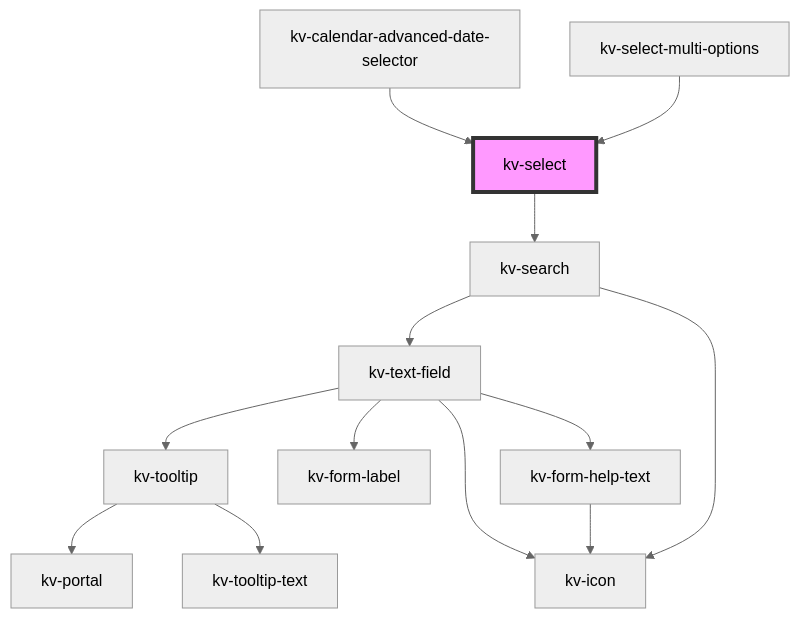
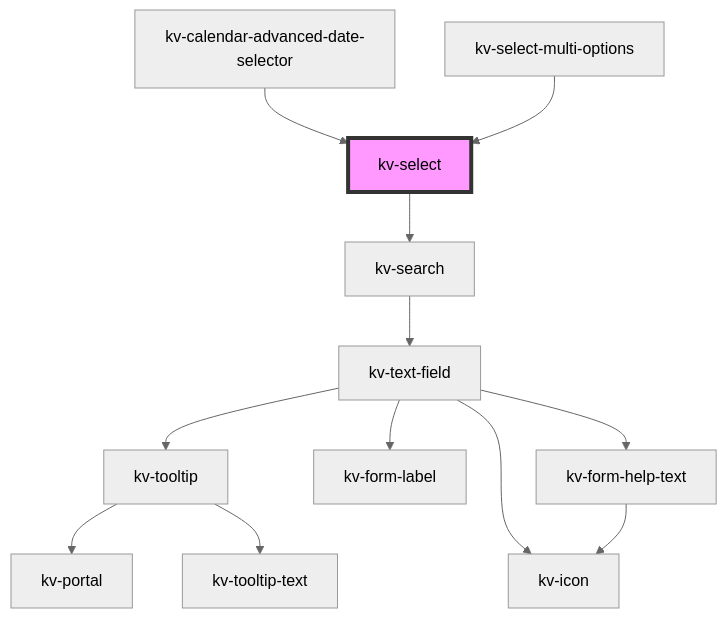
One commit to kelvininc/ui-components changed the diagram in packages/ui-components/src/components/select/readme.md. Above: the diagram before and after it, drawn with Mermaid (neutral theme). The commit also changed 25 other files, not shown here.

Commit message:
fix(search): show reset icon when input starts with one

````diff
--- a/packages/ui-components/src/components/select/readme.md
+++ b/packages/ui-components/src/components/select/readme.md
@@ -109,16 +109,15 @@
 ```mermaid
 graph TD;
   kv-select --> kv-search
   kv-search --> kv-text-field
-  kv-search --> kv-icon
   kv-text-field --> kv-tooltip
   kv-text-field --> kv-form-label
   kv-text-field --> kv-icon
   kv-text-field --> kv-form-help-text
   kv-tooltip --> kv-portal
   kv-tooltip --> kv-tooltip-text
   kv-form-help-text --> kv-icon
   kv-calendar-advanced-date-selector --> kv-select
   kv-select-multi-options --> kv-select
   style kv-select fill:#f9f,stroke:#333,stroke-width:4px
 ```
````
